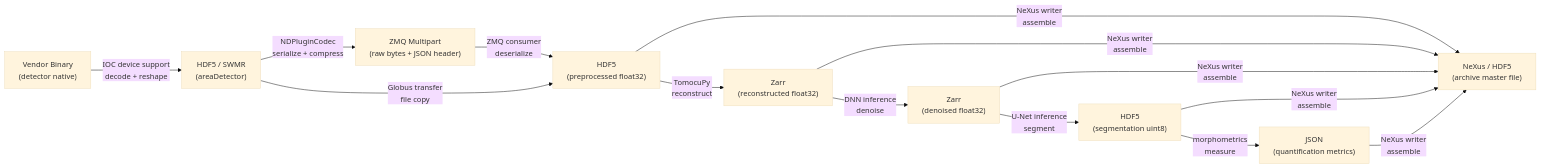
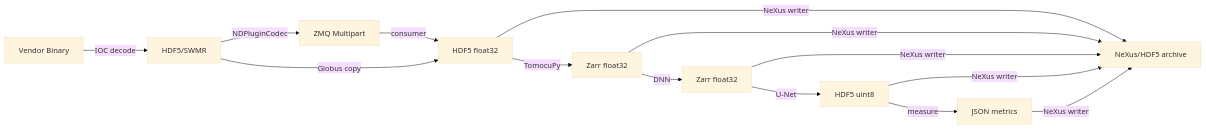
The second of 5 diagrams in 07_data_pipeline/architecture_diagram.md (Denny-Hwang/synchrotron-data-analysis-notes), drawn with Mermaid (base theme) before and after one commit. The commit also changed other lines of this file and 17 other files, not shown here.

````diff
--- a/07_data_pipeline/architecture_diagram.md
+++ b/07_data_pipeline/architecture_diagram.md
@@ -81,22 +42,12 @@
 ```mermaid
 flowchart LR
-    A["Vendor Binary<br/>(detector native)"]
-    B["HDF5 / SWMR<br/>(areaDetector)"]
-    C["ZMQ Multipart<br/>(raw bytes + JSON header)"]
-    D["HDF5<br/>(preprocessed float32)"]
-    E["Zarr<br/>(reconstructed float32)"]
-    F["Zarr<br/>(denoised float32)"]
-    G["HDF5<br/>(segmentation uint8)"]
-    H["JSON<br/>(quantification metrics)"]
-    I["NeXus / HDF5<br/>(archive master file)"]
-
-    A -->|"IOC device support<br/>decode + reshape"| B
-    B -->|"NDPluginCodec<br/>serialize + compress"| C
-    C -->|"ZMQ consumer<br/>deserialize"| D
-    B -->|"Globus transfer<br/>file copy"| D
-    D -->|"TomocuPy<br/>reconstruct"| E
-    E -->|"DNN inference<br/>denoise"| F
-    F -->|"U-Net inference<br/>segment"| G
-    G -->|"morphometrics<br/>measure"| H
-    D & E & F & G & H -->|"NeXus writer<br/>assemble"| I
+    A["Vendor Binary"] -->|"IOC decode"| B["HDF5/SWMR"]
+    B -->|"NDPluginCodec"| C["ZMQ Multipart"]
+    C -->|"consumer"| D["HDF5 float32"]
+    B -->|"Globus copy"| D
+    D -->|"TomocuPy"| E["Zarr float32"]
+    E -->|"DNN"| F["Zarr float32"]
+    F -->|"U-Net"| G["HDF5 uint8"]
+    G -->|"measure"| H["JSON metrics"]
+    D & E & F & G & H -->|"NeXus writer"| I["NeXus/HDF5 archive"]
 ```
````
